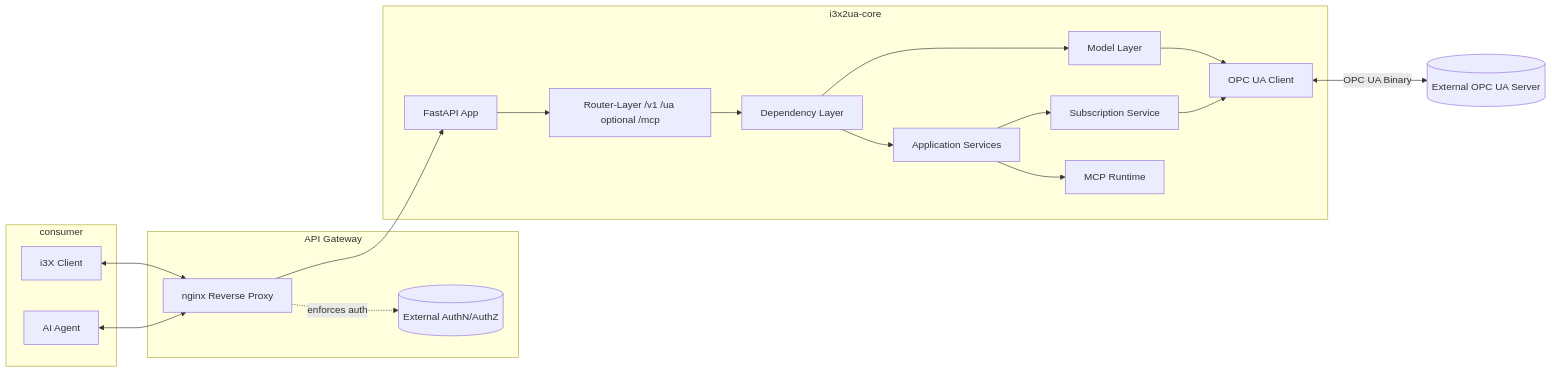
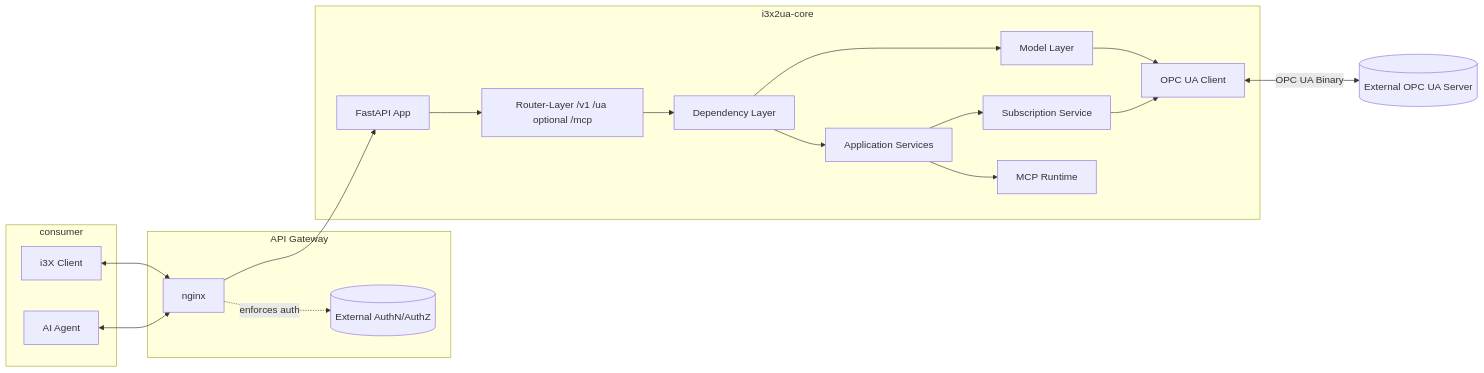
Before and after one commit to AndreasHeine/i3x2ua: the first of 2 diagrams in README.md, drawn with Mermaid.

Commit message:
update: readme

````diff
--- a/README.md
+++ b/README.md
@@ -37,40 +37,40 @@
 ```mermaid
 flowchart LR
 	subgraph Consumer[consumer]
 		Client[i3X Client]
 		Agent[AI Agent]
 	end
 
 	subgraph Deployment[API Gateway]
-		Nginx[nginx Reverse Proxy]
+		Nginx[nginx]
 		Auth[(External AuthN/AuthZ)]
 	end
 
 	API[FastAPI App]
 
 	Client <--> Nginx
 	Agent <--> Nginx
 	Nginx --> API
 	Nginx -. enforces auth .-> Auth
 
 	subgraph Core[i3x2ua-core]
 		Routers[Router-Layer /v1 /ua optional /mcp]
 		Deps[Dependency Layer]
 		Services[Application Services]
 		Model[Model Layer]
 		SubSvc[Subscription Service]
 		McpRuntime[MCP Runtime]
 		OpcClient[OPC UA Client]
 
 		API --> Routers
 		Routers --> Deps
 		Deps --> Services
 		Deps --> Model
 		Services --> SubSvc
 		Services --> McpRuntime
 		Model --> OpcClient
 		SubSvc --> OpcClient
 	end
 
 	OpcClient <-->|OPC UA Binary| UaServer[(External OPC UA Server)]
 ```
````
